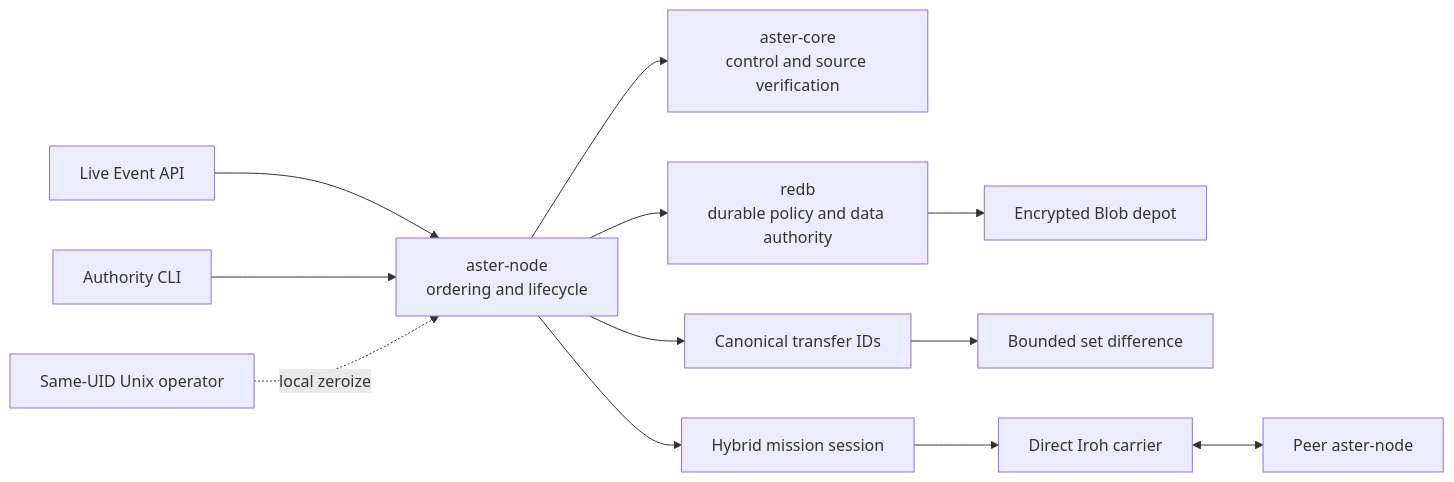
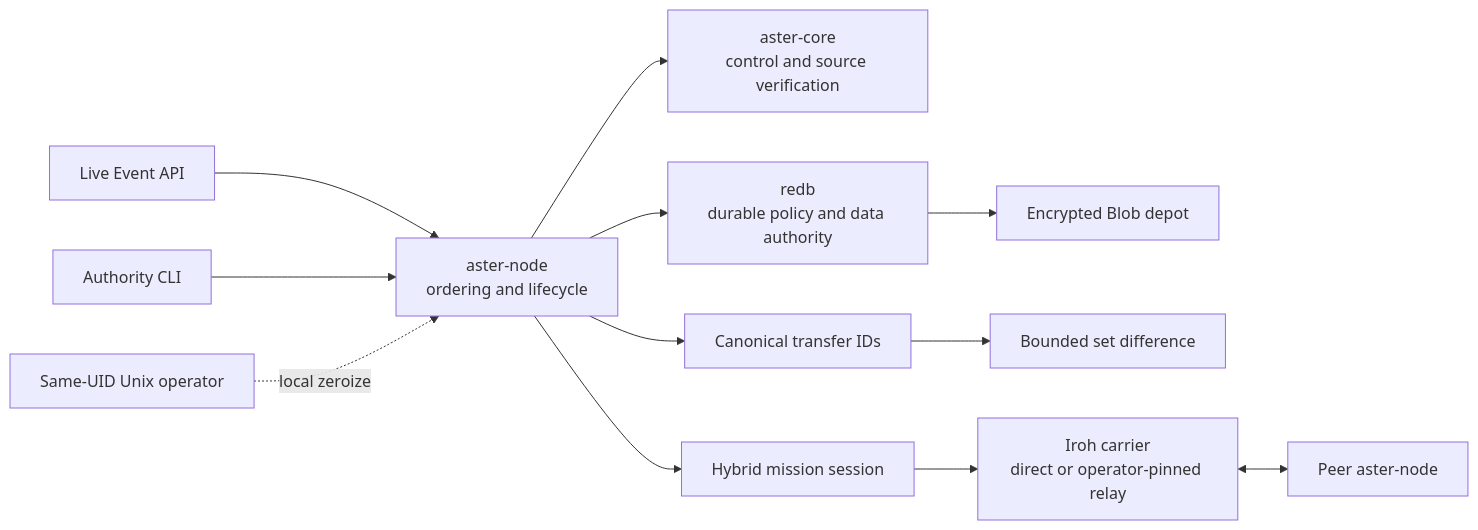
The second of 8 diagrams in docs/architecture.md (asirak-astertech/aster), drawn with Mermaid before and after one commit. The commit also changed other lines of this file and 28 other files, not shown here.

````diff
--- a/docs/architecture.md
+++ b/docs/architecture.md
@@ -49,14 +51,14 @@
 ```mermaid
 flowchart LR
     API["Live Event API"] --> Node["aster-node<br/>ordering and lifecycle"]
     Authority["Authority CLI"] --> Node
     Operator["Same-UID Unix operator"] -. "local zeroize" .-> Node
     Node --> Core["aster-core<br/>control and source verification"]
     Node --> Store["redb<br/>durable policy and data authority"]
     Store --> Depot["Encrypted Blob depot"]
     Node --> Profile["Canonical transfer IDs"]
     Profile --> Diff["Bounded set difference"]
     Node --> Session["Hybrid mission session"]
-    Session --> Carrier["Direct Iroh carrier"]
+    Session --> Carrier["Iroh carrier<br/>direct or operator-pinned relay"]
     Carrier <--> Peer["Peer aster-node"]
 ```
````
